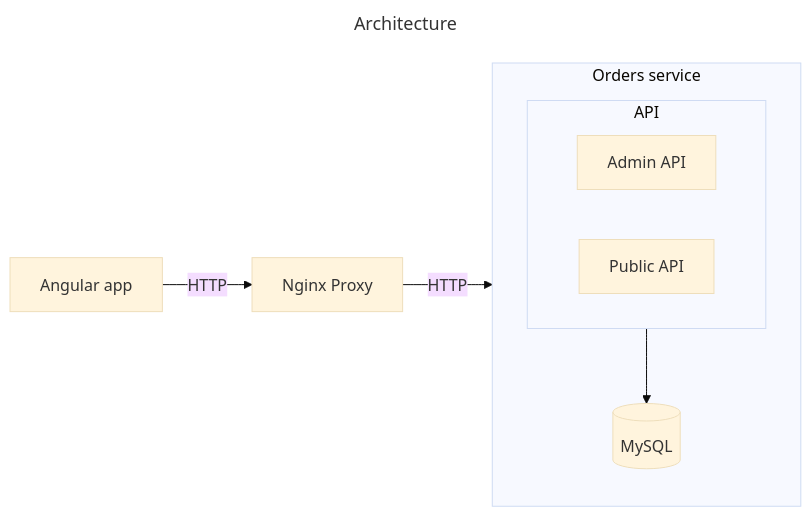
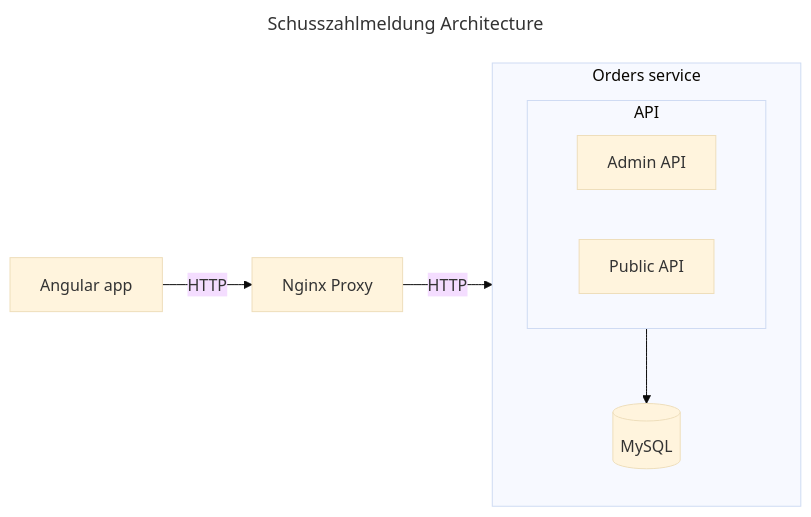
The third of 4 diagrams in README.md (WeslleyDeSouza/elo-shot-count-report), drawn with Mermaid (base theme) before and after one commit. The commit also changed 36 other files, not shown here.

````diff
--- a/README.md
+++ b/README.md
@@ -66,23 +66,23 @@
 ```mermaid
 ---
-title: Architecture
+title: Schusszahlmeldung Architecture
 ---
 flowchart LR
 
 %% entities
     FE[Angular app]:::app
     LB[Nginx Proxy]:::proxy
 
     subgraph OS [Orders service]
     direction TB
     subgraph O [API]
         direction LR
         OA[Admin API]:::service
         OP[Public API]:::service
     end
     O --> O-M[(MySQL)]
     end
 
 %% flow
     FE -->|HTTP| LB -->|HTTP| O
 ```
````
